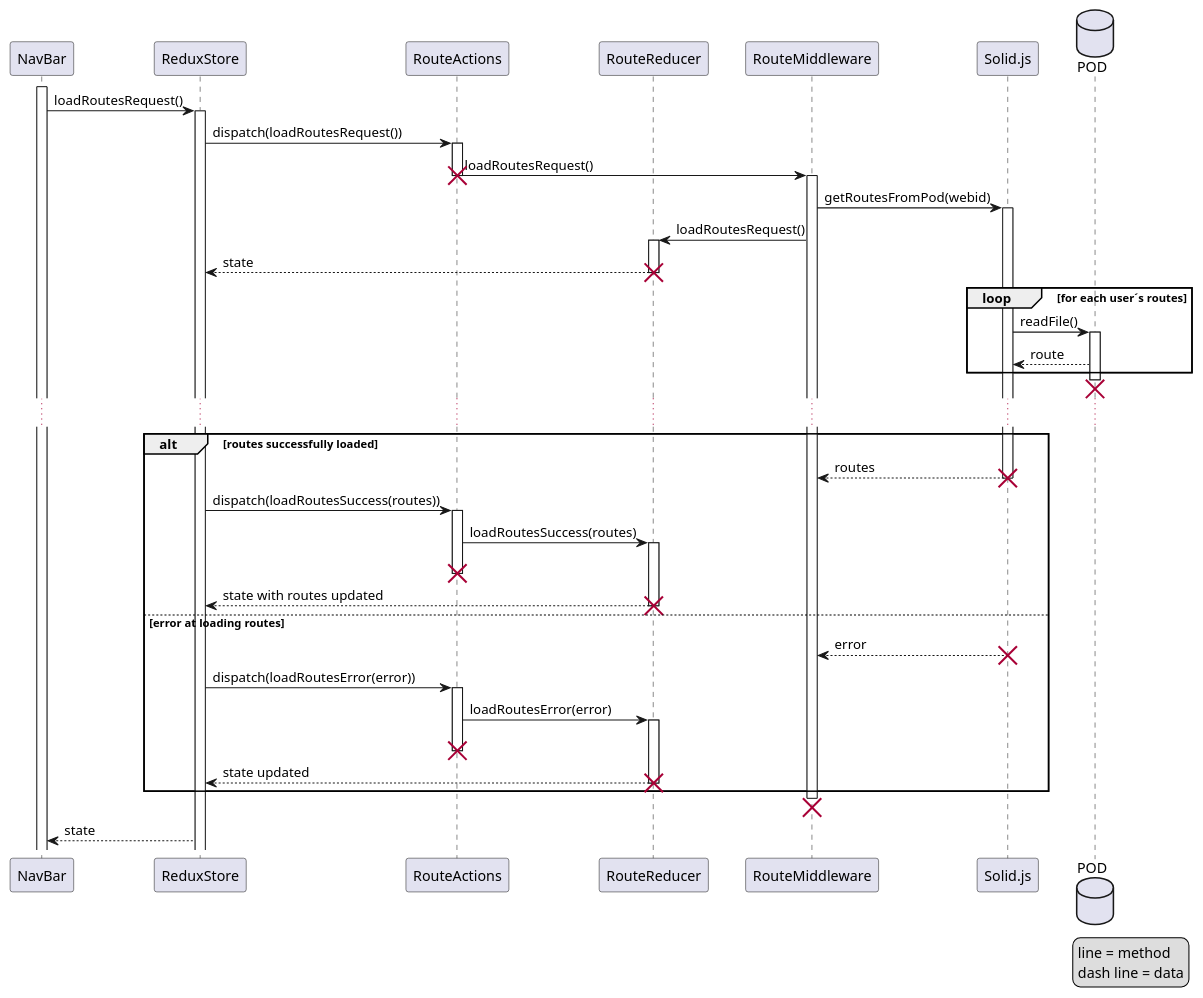
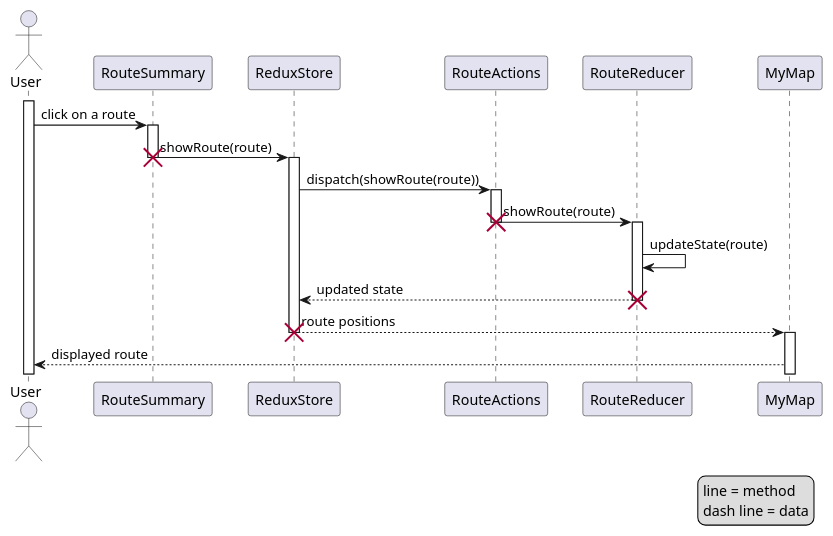
The diagram in src/docs/diagrams/06_SD_DisplayRoute.puml (Arquisoft/viade_en1b), drawn with PlantUML before and after one commit. The commit also changed 4 other files, not shown here.

```diff
--- a/src/docs/diagrams/06_SD_DisplayRoute.puml
+++ b/src/docs/diagrams/06_SD_DisplayRoute.puml
@@ -3,60 +3,33 @@
 @startuml
 
-participant NavBar as nb 
-participant ReduxStore as rs 
-participant RouteActions as ra 
-participant RouteReducer as rr 
-participant RouteMiddleware as rm 
-participant Solid.js as s 
-database POD as p
+actor User as u 
+participant RouteSummary as rs
+participant ReduxStore as r
+participant RouteActions as ra
+participant RouteReducer as rr
+participant MyMap as mm 
 
-activate nb
-nb -> rs: loadRoutesRequest()
+activate u
+u -> rs: click on a route
 activate rs
-rs -> ra: dispatch(loadRoutesRequest())
+rs -> r: showRoute(route)
+destroy rs 
+activate r
+r -> ra: dispatch(showRoute(route))
 activate ra
-ra -> rm: loadRoutesRequest()
+ra -> rr: showRoute(route)
 destroy ra
-activate rm
-rm -> s: getRoutesFromPod(webid)
-activate s
-rm -> rr: loadRoutesRequest()
 activate rr
-rr --> rs: state
+rr -> rr: updateState(route)
+rr --> r: updated state
 destroy rr
-loop for each user´s routes
-    s -> p: readFile()
-    activate p
-    p --> s: route
-end
-destroy p
-...
-alt routes successfully loaded
-s --> rm: routes
-destroy s
-rs -> ra: dispatch(loadRoutesSuccess(routes))
-activate ra
-ra -> rr: loadRoutesSuccess(routes)
-activate rr
-destroy ra
-rr --> rs: state with routes updated
-destroy rr
-else error at loading routes
-s --> rm: error
-destroy s
-rs -> ra: dispatch(loadRoutesError(error))
-activate ra
-ra -> rr: loadRoutesError(error)
-activate rr
-destroy ra
-rr --> rs: state updated
-destroy rr
-end
-destroy rm
-rs --> nb: state
+r --> mm: route positions
+destroy r
+activate mm
+mm --> u: displayed route
 legend right
 line = method
 dash line = data
 endlegend
 
 @enduml
```
